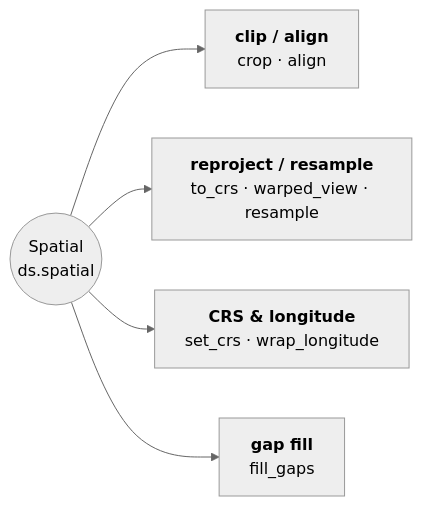
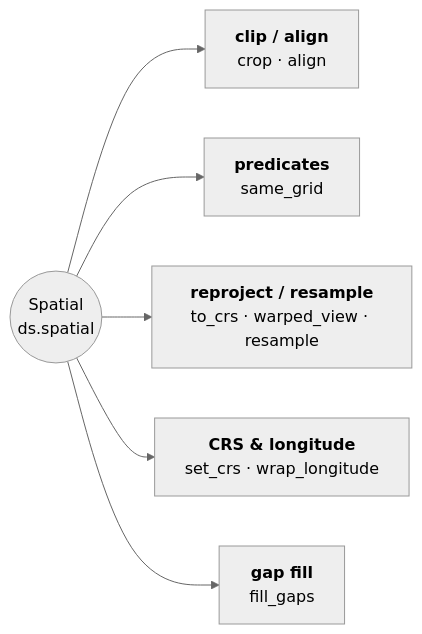
Before and after one commit to serapeum-org/pyramids: the diagram in docs/reference/dataset/spatial.md, drawn with Mermaid (neutral theme). The commit also changed other lines of this file and 16 other files, not shown here.

````diff
--- a/docs/reference/dataset/spatial.md
+++ b/docs/reference/dataset/spatial.md
@@ -5,8 +9,9 @@
 ```mermaid
 flowchart LR
     SP(("Spatial<br/>ds.spatial"))
     SP --> C["<b>clip / align</b><br/>crop · align"]
+    SP --> P["<b>predicates</b><br/>same_grid"]
     SP --> R["<b>reproject / resample</b><br/>to_crs · warped_view · resample"]
     SP --> M["<b>CRS & longitude</b><br/>set_crs · wrap_longitude"]
     SP --> G["<b>gap fill</b><br/>fill_gaps"]
 ```
````
